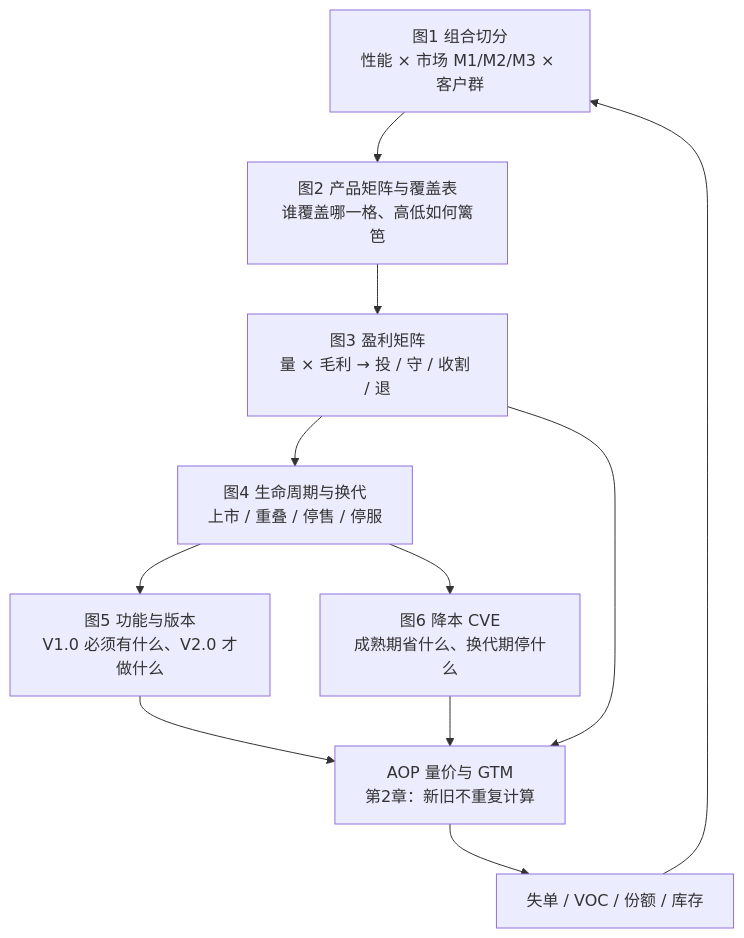
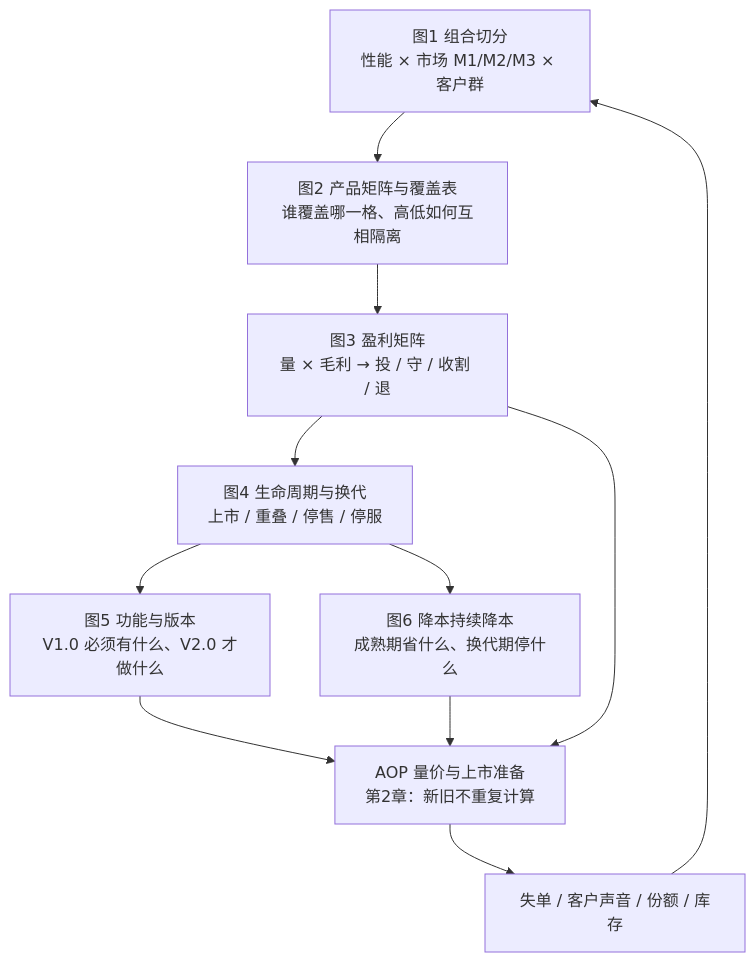
One commit to analyst2004lx/paper01 changed diagram 12 of 29 in 产品管理/战略和产品管理.md. Above: the diagram before and after it, drawn with Mermaid. The commit also changed other lines of this file and 2 other files, not shown here.

````diff
--- a/产品管理/战略和产品管理.md
+++ b/产品管理/战略和产品管理.md
@@ -1275,22 +1280,22 @@
 ```mermaid
 flowchart TD
-    A["图1 组合切分<br/>性能 × 市场 M1/M2/M3 × 客户群"] --> B["图2 产品矩阵与覆盖表<br/>谁覆盖哪一格、高低如何篱笆"]
+    A["图1 组合切分<br/>性能 × 市场 M1/M2/M3 × 客户群"] --> B["图2 产品矩阵与覆盖表<br/>谁覆盖哪一格、高低如何互相隔离"]
     B --> C["图3 盈利矩阵<br/>量 × 毛利 → 投 / 守 / 收割 / 退"]
     C --> D["图4 生命周期与换代<br/>上市 / 重叠 / 停售 / 停服"]
     D --> E["图5 功能与版本<br/>V1.0 必须有什么、V2.0 才做什么"]
-    D --> F["图6 降本 CVE<br/>成熟期省什么、换代期停什么"]
-    E --> G["AOP 量价与 GTM<br/>第2章：新旧不重复计算"]
+    D --> F["图6 降本持续降本<br/>成熟期省什么、换代期停什么"]
+    E --> G["AOP 量价与上市准备<br/>第2章：新旧不重复计算"]
     F --> G
     C --> G
-    G --> H["失单 / VOC / 份额 / 库存"]
+    G --> H["失单 / 客户声音 / 份额 / 库存"]
     H --> A
 
     click A href "#sec-43" "跳转到 4.3 图1"
     click B href "#sec-44" "跳转到 4.4 图2"
     click C href "#sec-45" "跳转到 4.5 图3"
     click D href "#sec-46" "跳转到 4.6 图4"
     click E href "#sec-47" "跳转到 4.7 图5"
     click F href "#sec-48" "跳转到 4.8 图6"
     click G href "#sec-21" "跳转到 2.1 AOP"
     click H href "#sec-52" "跳转到 5.2 客户与失单"
 ```
````
